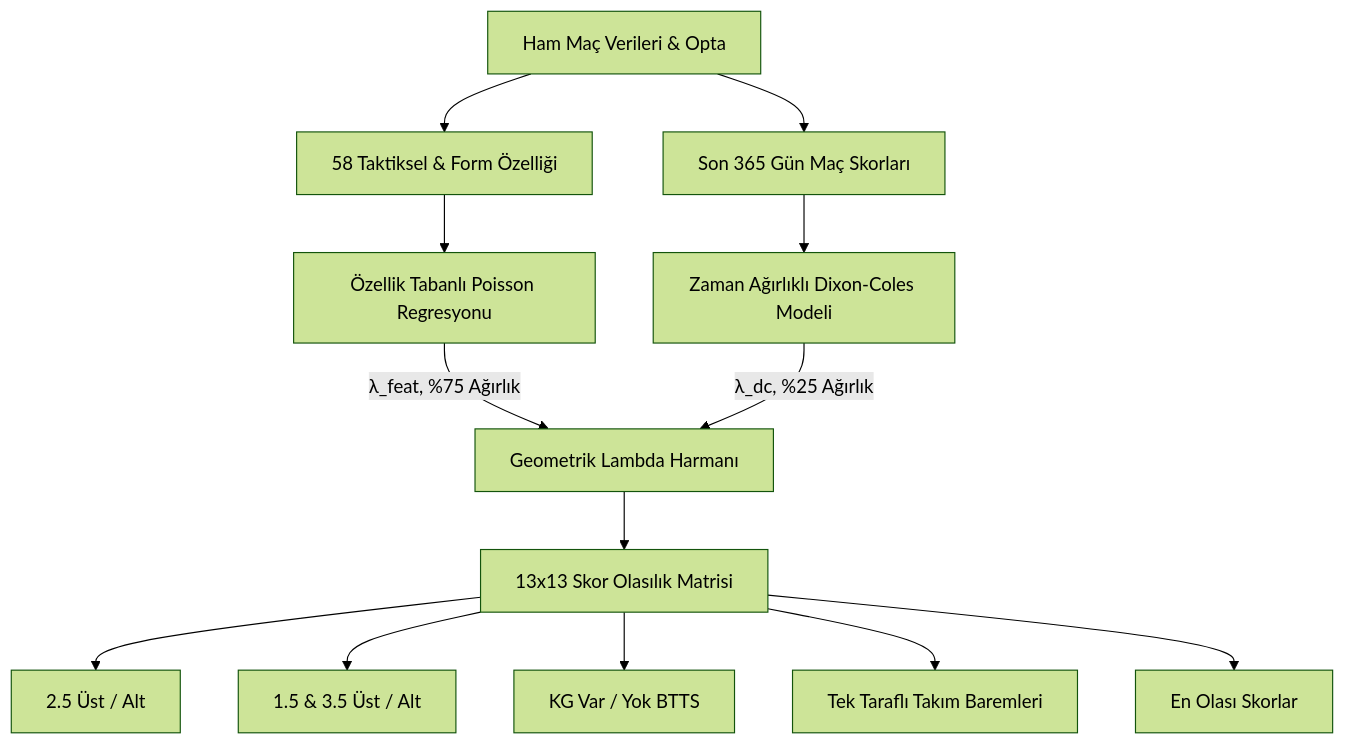
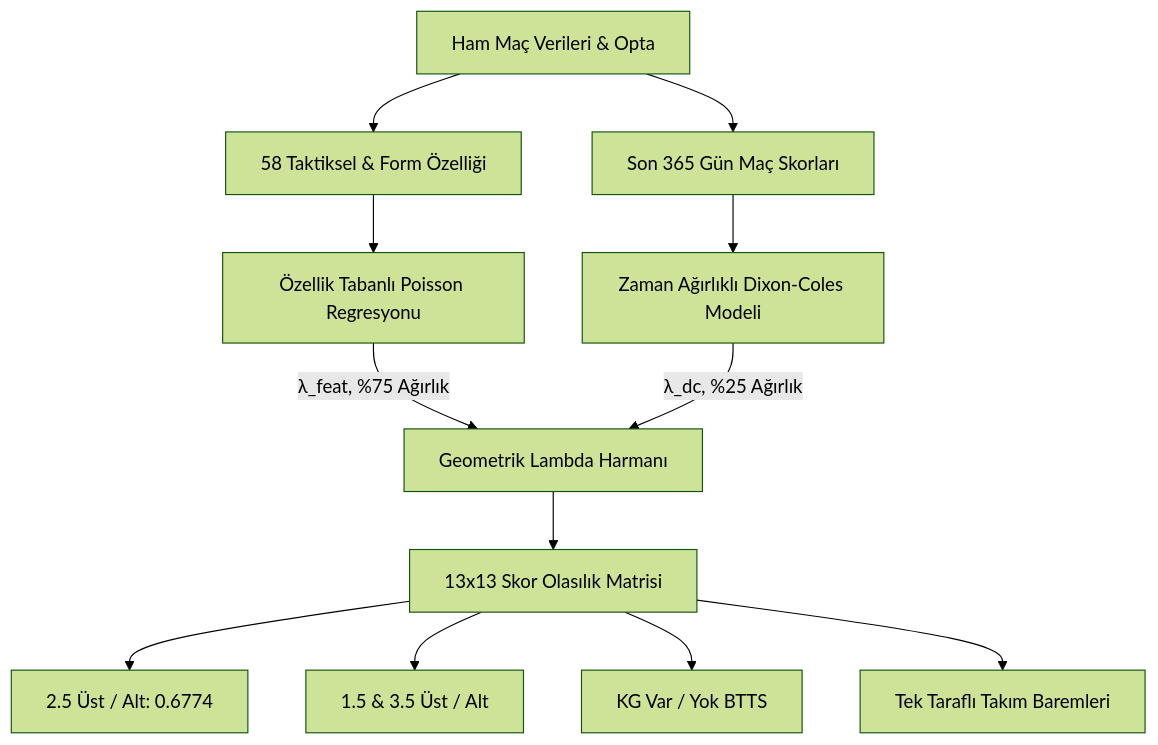
Before and after one commit to Shyesilbas/premierleaugemodel: the diagram in reports/premier_league_goal_model_comprehensive_report.md, drawn with Mermaid (forest theme). The commit also changed other lines of this file and 1 other file, not shown here.

````diff
--- a/reports/premier_league_goal_model_comprehensive_report.md
+++ b/reports/premier_league_goal_model_comprehensive_report.md
@@ -33,15 +46,14 @@
 ```mermaid
 graph TD
     A[Ham Maç Verileri & Opta] --> B[58 Taktiksel & Form Özelliği]
     B --> C[Özellik Tabanlı Poisson Regresyonu]
     A --> D[Son 365 Gün Maç Skorları]
     D --> E[Zaman Ağırlıklı Dixon-Coles Modeli]
     C -->|λ_feat, %75 Ağırlık| F[Geometrik Lambda Harmanı]
     E -->|λ_dc, %25 Ağırlık| F
     F --> G[13x13 Skor Olasılık Matrisi]
-    G --> H[2.5 Üst / Alt]
+    G --> H[2.5 Üst / Alt: 0.6774]
     G --> I[1.5 & 3.5 Üst / Alt]
     G --> J[KG Var / Yok BTTS]
     G --> K[Tek Taraflı Takım Baremleri]
-    G --> L[En Olası Skorlar]
 ```
````
